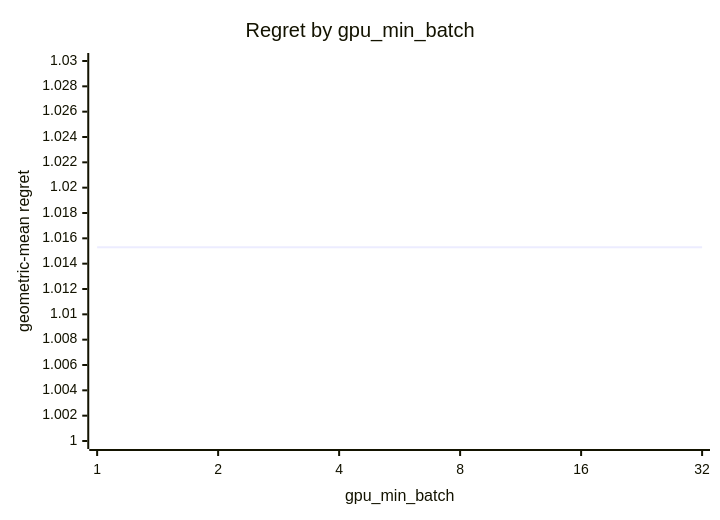
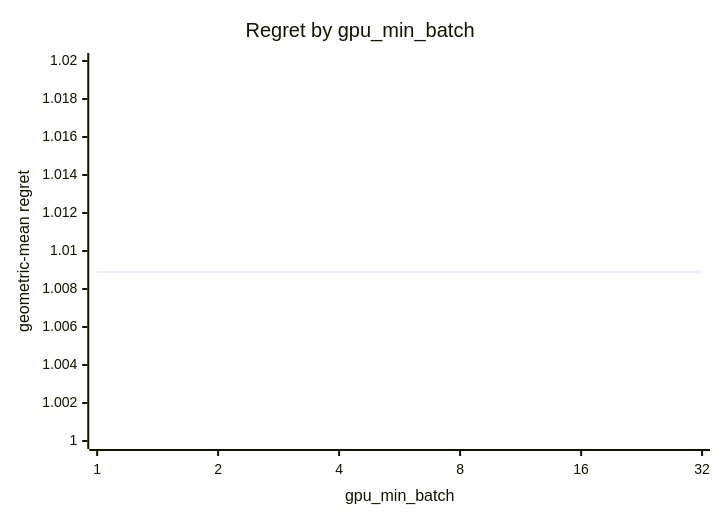
The fourth of 5 diagrams in docs/results/apple-m5-pro-20gpu/20261003-c0878c/eigh/report.md (c0rmac/metal-linalg), drawn with Mermaid before and after one commit. The commit also changed other lines of this file and 82 other files, not shown here.

````diff
--- a/docs/results/apple-m5-pro-20gpu/20261003-c0878c/eigh/report.md
+++ b/docs/results/apple-m5-pro-20gpu/20261003-c0878c/eigh/report.md
@@ -186,7 +188,7 @@
 ```mermaid
 xychart-beta
     title "Regret by gpu_min_batch"
     x-axis "gpu_min_batch" [1, 2, 4, 8, 16, 32]
-    y-axis "geometric-mean regret" 1.0 --> 1.03
-    line [1.0153, 1.0153, 1.0153, 1.0153, 1.0153, 1.0153]
+    y-axis "geometric-mean regret" 1.0 --> 1.02
+    line [1.0089, 1.0089, 1.0089, 1.0089, 1.0089, 1.0089]
 ```
````
